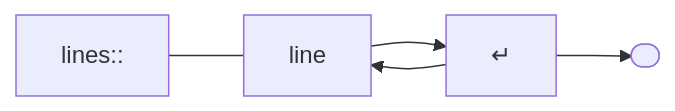
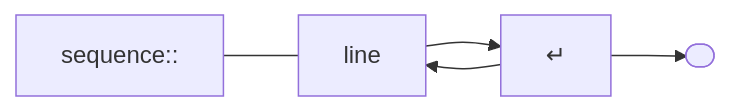
One commit to andrewfstratton/quandoscript changed the second of 16 diagrams in README.md. Above: the diagram before and after it, drawn with Mermaid. The commit also changed other lines of this file, not shown here.

````diff
--- a/README.md
+++ b/README.md
@@ -21,6 +15,6 @@
 ```mermaid
 graph LR
     stop([ ])
-    lines::---line--> nl["↵"]--> stop
+    sequence::---line--> nl["↵"]--> stop
     nl-->line
 ```
````
